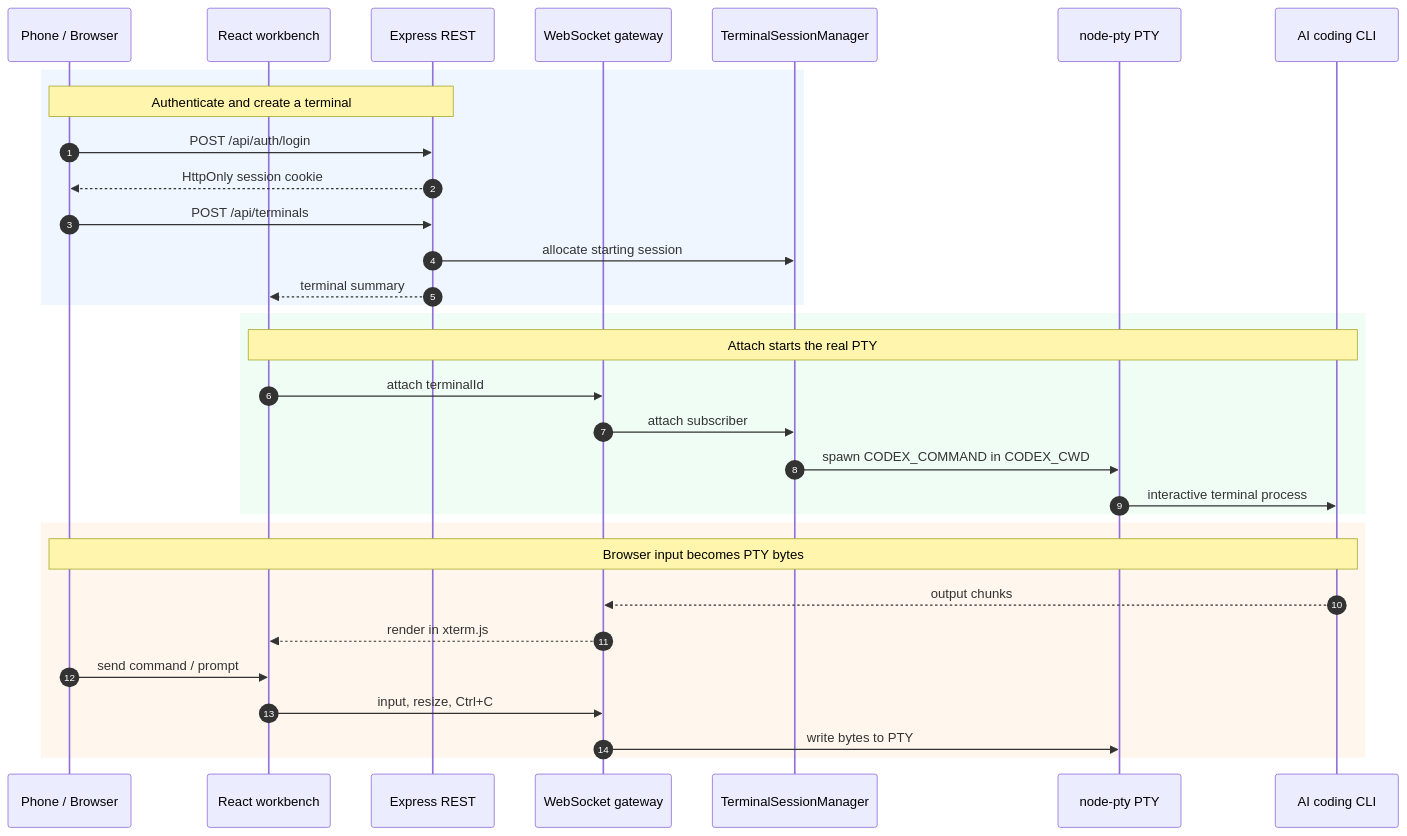
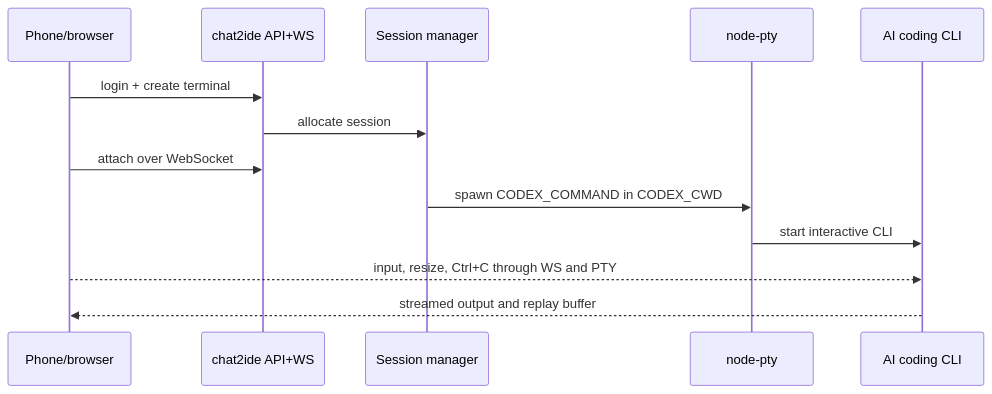
The second of 2 diagrams in README.en.md (oceanusXXD/chat2ide), drawn with Mermaid before and after one commit. The commit also changed other lines of this file and 2 other files, not shown here.

Commit message:
Document AI coding CLI integration boundaries

````diff
--- a/README.en.md
+++ b/README.en.md
@@ -174,37 +305,15 @@
 ```mermaid
 sequenceDiagram
-  autonumber
-  participant User as Phone / Browser
-  participant UI as React workbench
-  participant API as Express REST
-  participant WS as WebSocket gateway
-  participant TM as TerminalSessionManager
-  participant PTY as node-pty PTY
-  participant CLI as AI coding CLI
-
-  rect rgb(239, 246, 255)
-    Note over User,API: Authenticate and create a terminal
-    User->>API: POST /api/auth/login
-    API-->>User: HttpOnly session cookie
-    User->>API: POST /api/terminals
-    API->>TM: allocate starting session
-    API-->>UI: terminal summary
-  end
-
-  rect rgb(240, 253, 244)
-    Note over UI,CLI: Attach starts the real PTY
-    UI->>WS: attach terminalId
-    WS->>TM: attach subscriber
-    TM->>PTY: spawn CODEX_COMMAND in CODEX_CWD
-    PTY->>CLI: interactive terminal process
-  end
-
-  rect rgb(255, 247, 237)
-    Note over User,CLI: Browser input becomes PTY bytes
-    CLI-->>WS: output chunks
-    WS-->>UI: render in xterm.js
-    User->>UI: send command / prompt
-    UI->>WS: input, resize, Ctrl+C
-    WS->>PTY: write bytes to PTY
-  end
+  participant U as Phone/browser
+  participant A as chat2ide API+WS
+  participant T as Session manager
+  participant P as node-pty
+  participant C as AI coding CLI
+  U->>A: login + create terminal
+  A->>T: allocate session
+  U->>A: attach over WebSocket
+  T->>P: spawn CODEX_COMMAND in CODEX_CWD
+  P->>C: start interactive CLI
+  U-->>C: input, resize, Ctrl+C through WS and PTY
+  C-->>U: streamed output and replay buffer
 ```
````
